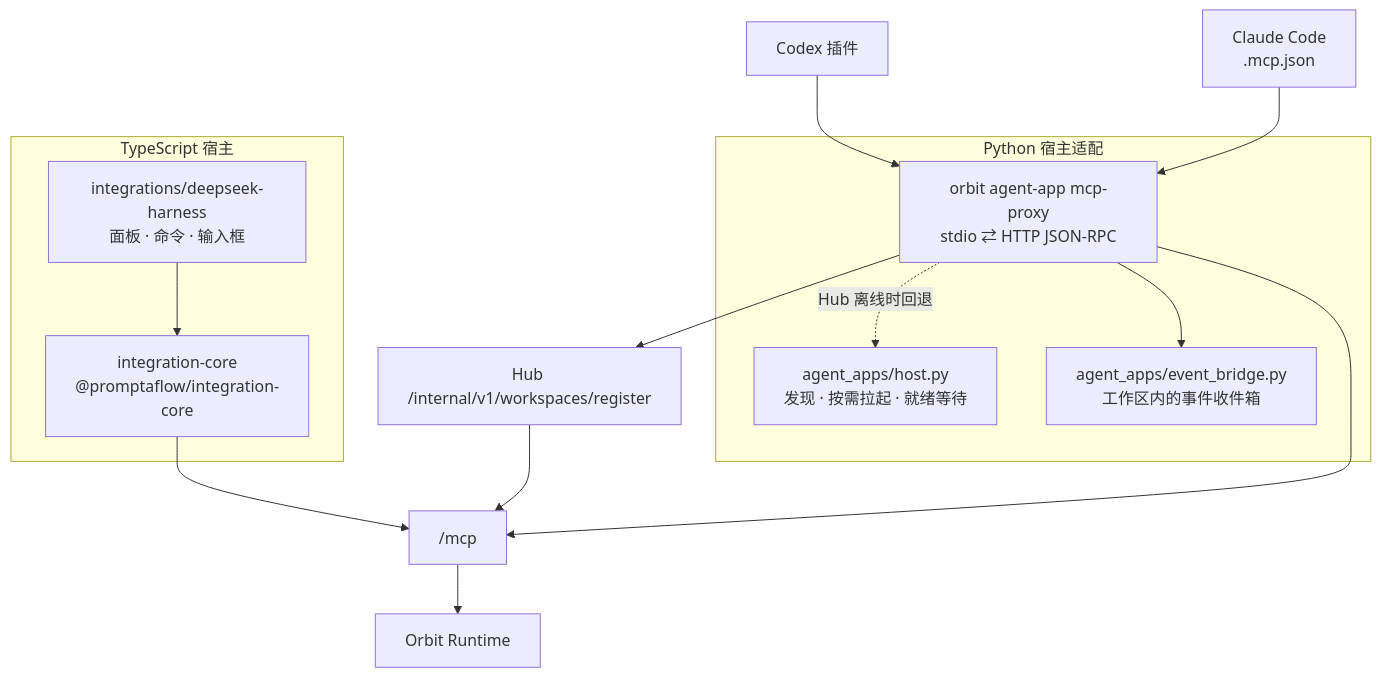
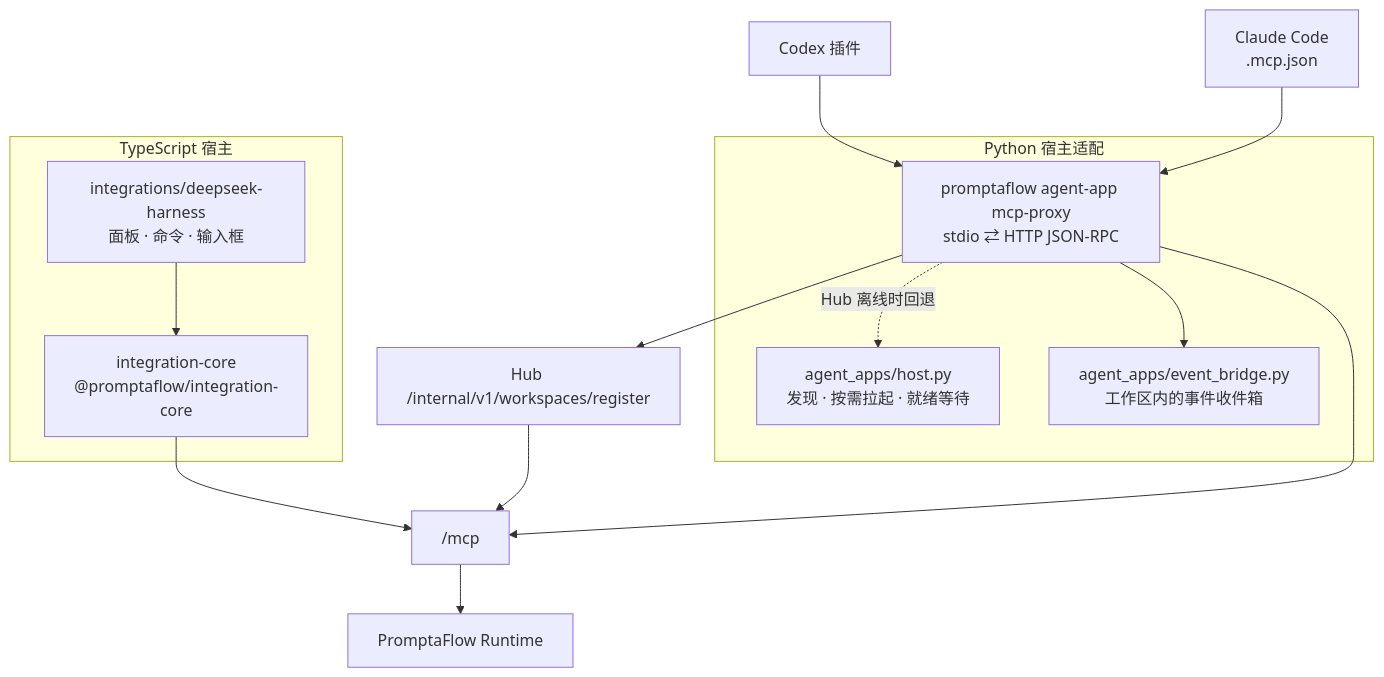
The sixth of 6 diagrams in docs/architecture.md (TNJ2026/orbit-runtime), drawn with Mermaid before and after one commit. The commit also changed other lines of this file and 109 other files, not shown here.

````diff
--- a/docs/architecture.md
+++ b/docs/architecture.md
@@ -387,24 +387,24 @@
 ```mermaid
 flowchart TB
     subgraph ts["TypeScript 宿主"]
         DSH["integrations/deepseek-harness<br/>面板 · 命令 · 输入框"]
         IC["integration-core<br/>@promptaflow/integration-core"]
         DSH --> IC
     end
 
     subgraph py["Python 宿主适配"]
-        PROXY["orbit agent-app mcp-proxy<br/>stdio ⇄ HTTP JSON-RPC"]
+        PROXY["promptaflow agent-app mcp-proxy<br/>stdio ⇄ HTTP JSON-RPC"]
         HOSTM["agent_apps/host.py<br/>发现 · 按需拉起 · 就绪等待"]
         EB["agent_apps/event_bridge.py<br/>工作区内的事件收件箱"]
         PROXY -. Hub 离线时回退 .-> HOSTM
         PROXY --> EB
     end
 
     CODEX["Codex 插件"] --> PROXY
     CLAUDE["Claude Code<br/>.mcp.json"] --> PROXY
     IC --> HTTP["/mcp"]
     PROXY --> REGISTER["Hub /internal/v1/workspaces/register"]
     REGISTER --> HTTP
     PROXY --> HTTP
-    HTTP --> RT["Orbit Runtime"]
+    HTTP --> RT["PromptaFlow Runtime"]
 ```
````
